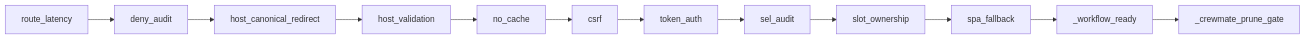
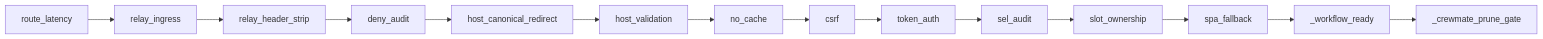
Before and after one commit to kirodotdev/KiroCrew: the second of 2 diagrams in docs/system-specs/modules/dashboard-token-auth.md, drawn with Mermaid. The commit also changed other lines of this file and 22 other files, not shown here.

````diff
--- a/docs/system-specs/modules/dashboard-token-auth.md
+++ b/docs/system-specs/modules/dashboard-token-auth.md
@@ -109,4 +109,4 @@
 ```mermaid
 graph LR
-    L[route_latency] --> Z[deny_audit] --> A[host_canonical_redirect] --> B[host_validation] --> C[no_cache] --> D[csrf] --> E[token_auth] --> F[sel_audit] --> S[slot_ownership] --> G[spa_fallback] --> W[_workflow_ready] --> P[_crewmate_prune_gate]
+    L[route_latency] --> R[relay_ingress] --> H[relay_header_strip] --> Z[deny_audit] --> A[host_canonical_redirect] --> B[host_validation] --> C[no_cache] --> D[csrf] --> E[token_auth] --> F[sel_audit] --> S[slot_ownership] --> G[spa_fallback] --> W[_workflow_ready] --> P[_crewmate_prune_gate]
 ```
````
